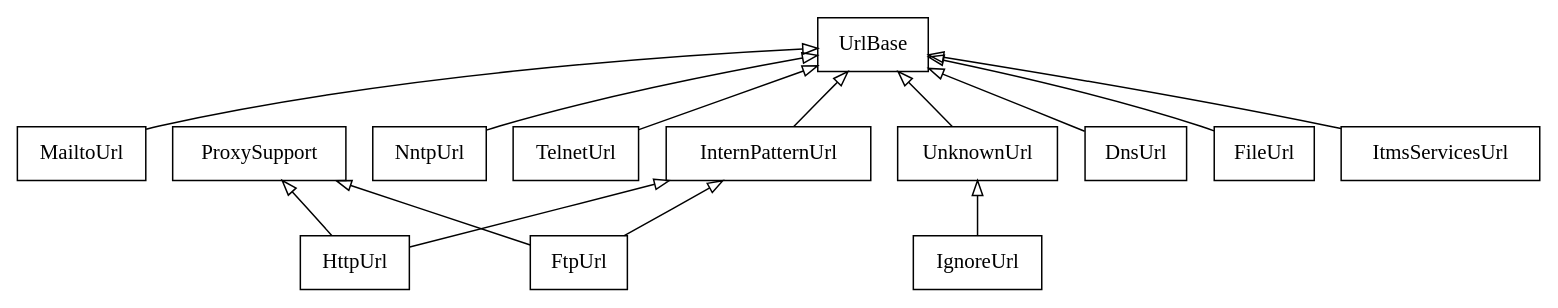
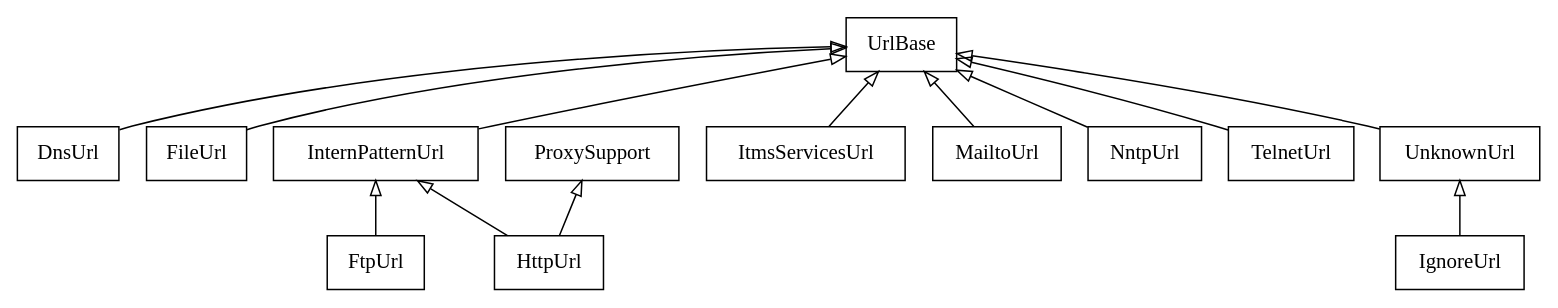
One commit to linkchecker/linkchecker changed the diagram in doc/src/code/index.rst. Above: the diagram before and after it, drawn with Graphviz. The commit also changed 5 other files, not shown here.

```diff
--- a/doc/src/code/index.rst
+++ b/doc/src/code/index.rst
@@ -32,33 +32,32 @@
 .. graphviz::
    :alt: linkcheck.checker classes
 
    digraph "linkcheck.checker classes" {
    charset="utf-8"
    rankdir=BT
    "1" [label="DnsUrl", shape="record", href="../code/linkcheck/linkcheck.checker.dnsurl.html", target="_blank"];
    "2" [label="FileUrl", shape="record", href="../code/linkcheck/linkcheck.checker.fileurl.html", target="_blank"];
    "3" [label="FtpUrl", shape="record", href="../code/linkcheck/linkcheck.checker.ftpurl.html", target="_blank"];
    "4" [label="HttpUrl", shape="record", href="../code/linkcheck/linkcheck.checker.httpurl.html", target="_blank"];
    "5" [label="IgnoreUrl", shape="record", href="../code/linkcheck/linkcheck.checker.ignoreurl.html", target="_blank"];
    "6" [label="InternPatternUrl", shape="record", href="../code/linkcheck/linkcheck.checker.internpaturl.html", target="_blank"];
    "7" [label="ItmsServicesUrl", shape="record", href="../code/linkcheck/linkcheck.checker.itmsservicesurl.html", target="_blank"];
    "8" [label="MailtoUrl", shape="record", href="../code/linkcheck/linkcheck.checker.mailtourl.html", target="_blank"];
    "9" [label="NntpUrl", shape="record", href="../code/linkcheck/linkcheck.checker.nntpurl.html", target="_blank"];
    "10" [label="ProxySupport", shape="record", href="../code/linkcheck/linkcheck.checker.proxysupport.html", target="_blank"];
    "11" [label="TelnetUrl", shape="record", href="../code/linkcheck/linkcheck.checker.telneturl.html", target="_blank"];
    "12" [label="UnknownUrl", shape="record", href="../code/linkcheck/linkcheck.checker.unknownurl.html", target="_blank"];
    "13" [label="UrlBase", shape="record", href="../code/linkcheck/linkcheck.checker.urlbase.html", target="_blank"];
    "1" -> "13" [arrowhead="empty", arrowtail="none"];
    "2" -> "13" [arrowhead="empty", arrowtail="none"];
    "3" -> "6" [arrowhead="empty", arrowtail="none"];
-   "3" -> "10" [arrowhead="empty", arrowtail="none"];
    "4" -> "6" [arrowhead="empty", arrowtail="none"];
    "4" -> "10" [arrowhead="empty", arrowtail="none"];
    "5" -> "12" [arrowhead="empty", arrowtail="none"];
    "6" -> "13" [arrowhead="empty", arrowtail="none"];
    "7" -> "13" [arrowhead="empty", arrowtail="none"];
    "8" -> "13" [arrowhead="empty", arrowtail="none"];
    "9" -> "13" [arrowhead="empty", arrowtail="none"];
    "11" -> "13" [arrowhead="empty", arrowtail="none"];
    "12" -> "13" [arrowhead="empty", arrowtail="none"];
    }
```
